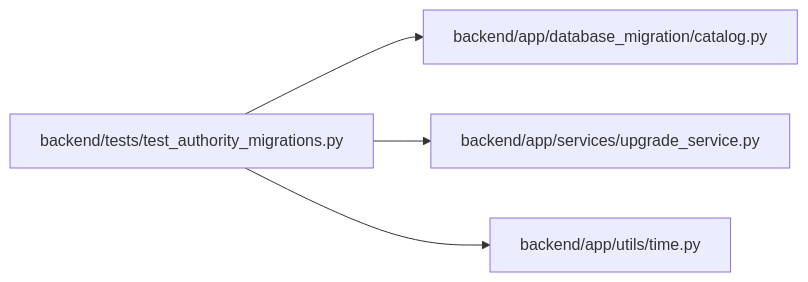
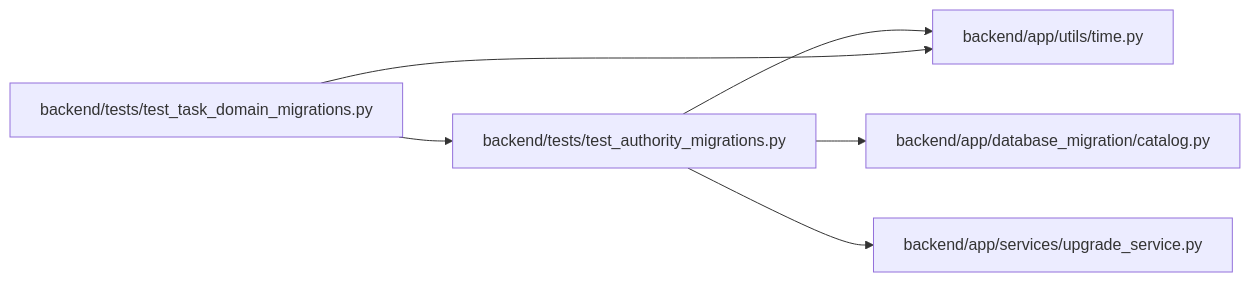
One commit to Denissvgn/WorkChord changed the diagram in docs/llm_wiki/modules/test_authority_migrations.md. Above: the diagram before and after it, drawn with Mermaid. The commit also changed other lines of this file and 1238 other files, not shown here.

First line of the commit message:
docs(wiki): publish compact canonical domain architecture

````diff
--- a/docs/llm_wiki/modules/test_authority_migrations.md
+++ b/docs/llm_wiki/modules/test_authority_migrations.md
@@ -26,14 +26,18 @@
 ```mermaid
 flowchart LR
     n0["backend/app/database_migration/catalog.py"]
     n1["backend/app/services/upgrade_service.py"]
     n2["backend/app/utils/time.py"]
     n3["backend/tests/test_authority_migrations.py"]
+    n4["backend/tests/test_task_domain_migrations.py"]
     n3 --> n0
     n3 --> n1
     n3 --> n2
+    n4 --> n2
+    n4 --> n3
     click n0 "../modules/catalog.md"
     click n1 "../modules/upgrade_service.md"
     click n2 "../modules/time.md"
     click n3 "../modules/test_authority_migrations.md"
+    click n4 "../modules/test_task_domain_migrations.md"
 ```
````
